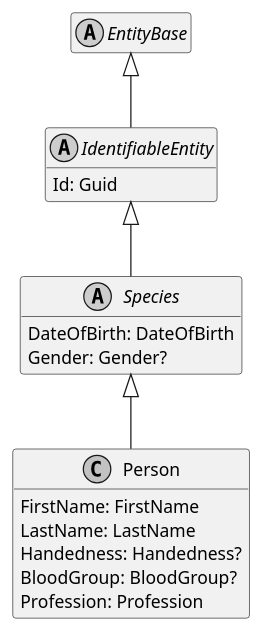
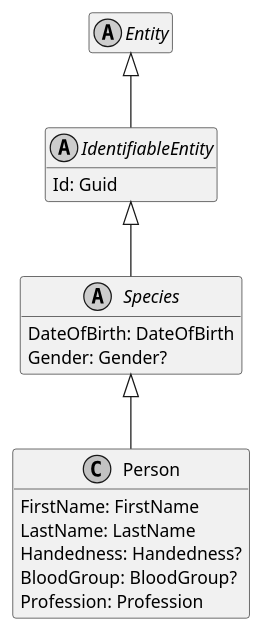
The diagram in Documentation/Generated/Models/DoofesZeug.Models.Specieses.Human/Person.puml (ObiWanLansi/DoofesZeug), drawn with PlantUML before and after one commit. The commit also changed 114 other files, not shown here.

Commit message:
Rename EnitityBase To Entity

```diff
--- a/Documentation/Generated/Models/DoofesZeug.Models.Specieses.Human/Person.puml
+++ b/Documentation/Generated/Models/DoofesZeug.Models.Specieses.Human/Person.puml
@@ -1,31 +1,31 @@
 @startuml
 skinparam monochrome true
 hide empty members
 
-abstract class EntityBase {
+abstract class Entity {
 }
 
-EntityBase <|-- IdentifiableEntity
+Entity <|-- IdentifiableEntity
 
 abstract class IdentifiableEntity {
     Id: Guid
 }
 
 IdentifiableEntity <|-- Species
 
 abstract class Species {
     DateOfBirth: DateOfBirth
     Gender: Gender?
 }
 
 Species <|-- Person
 
 class Person {
     FirstName: FirstName
     LastName: LastName
     Handedness: Handedness?
     BloodGroup: BloodGroup?
     Profession: Profession
 }
 
 @enduml
```
